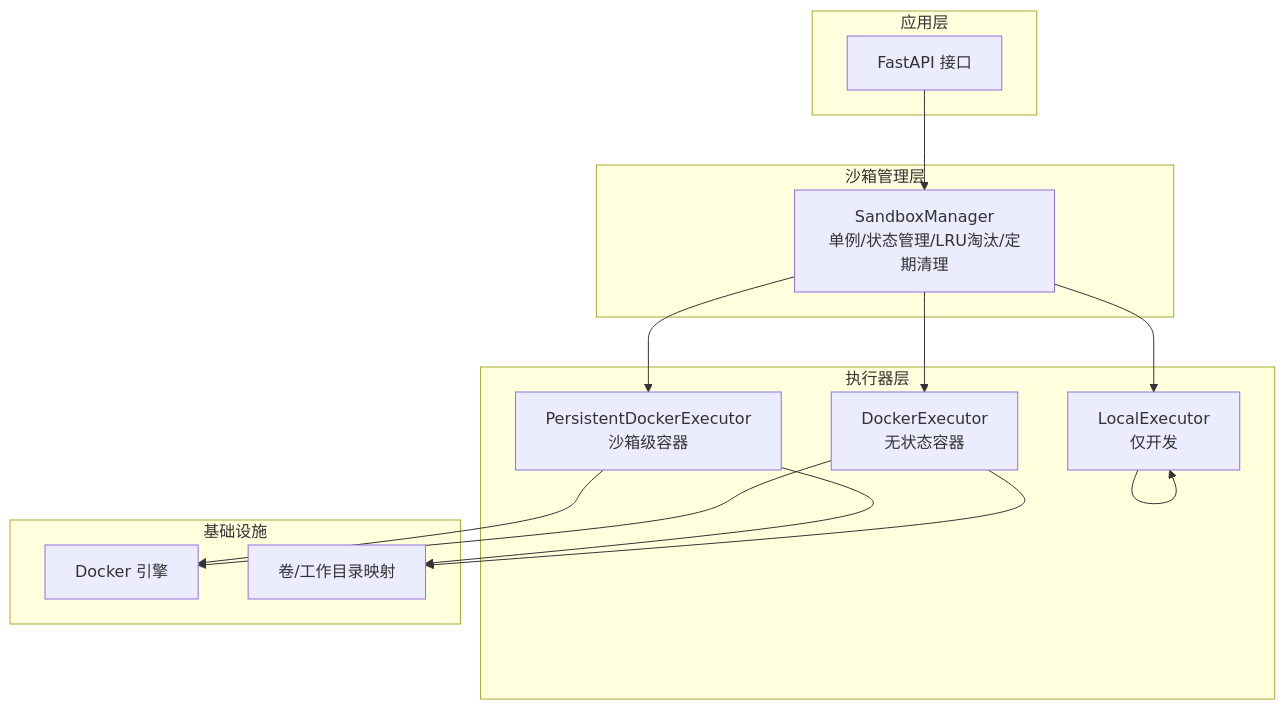
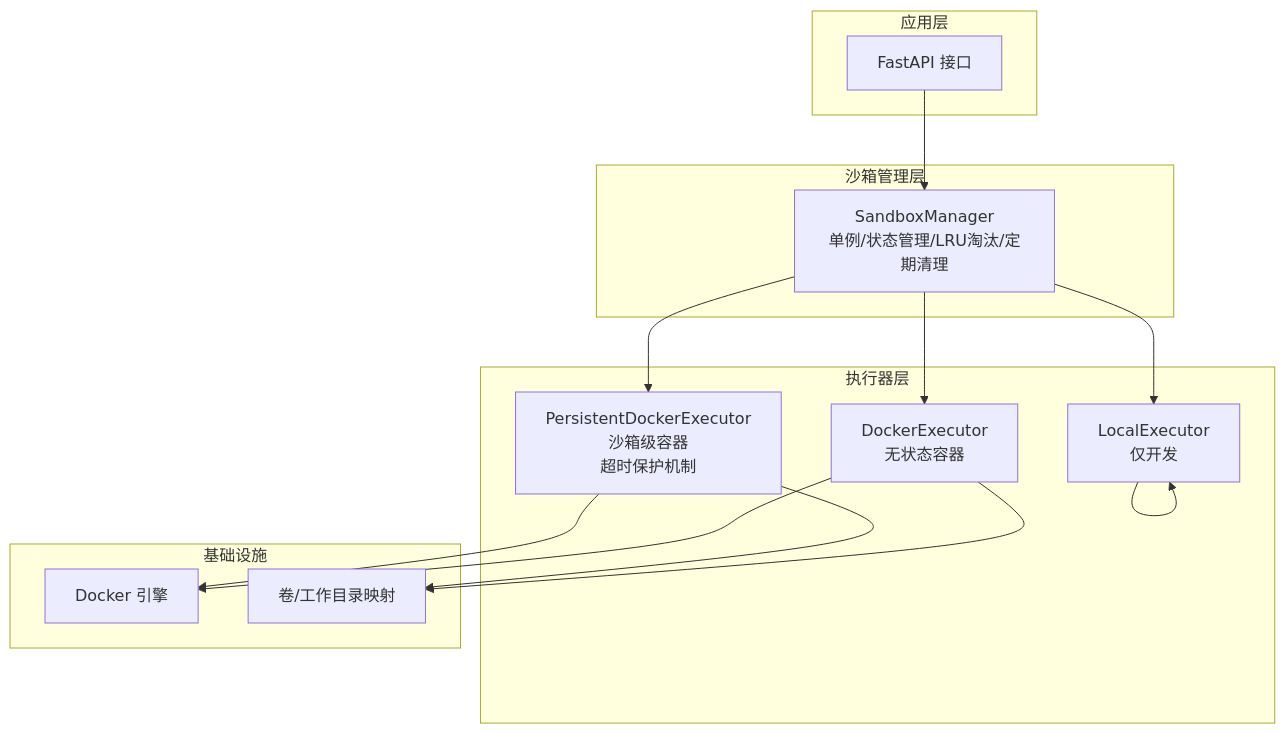
Before and after one commit to tianyehedashu/ai-agent: the first of 8 diagrams in .qoder/repowiki/zh/content/MCP工具系统/沙箱执行环境.md, drawn with Mermaid. The commit also changed other lines of this file and 25 other files, not shown here.

````diff
--- a/.qoder/repowiki/zh/content/MCP工具系统/沙箱执行环境.md
+++ b/.qoder/repowiki/zh/content/MCP工具系统/沙箱执行环境.md
@@ -42,27 +51,27 @@
 ```mermaid
 graph TB
 subgraph "应用层"
 API["FastAPI 接口"]
 end
 subgraph "沙箱管理层"
 SM["SandboxManager<br/>单例/状态管理/LRU淘汰/定期清理"]
 end
 subgraph "执行器层"
-PDE["PersistentDockerExecutor<br/>沙箱级容器"]
+PDE["PersistentDockerExecutor<br/>沙箱级容器<br/>超时保护机制"]
 DE["DockerExecutor<br/>无状态容器"]
 LE["LocalExecutor<br/>仅开发"]
 end
 subgraph "基础设施"
 DOCK["Docker 引擎"]
 VOL["卷/工作目录映射"]
 end
 API --> SM
 SM --> PDE
 SM --> DE
 SM --> LE
 PDE --> DOCK
 DE --> DOCK
 LE --> LE
 PDE --> VOL
 DE --> VOL
 ```
````
